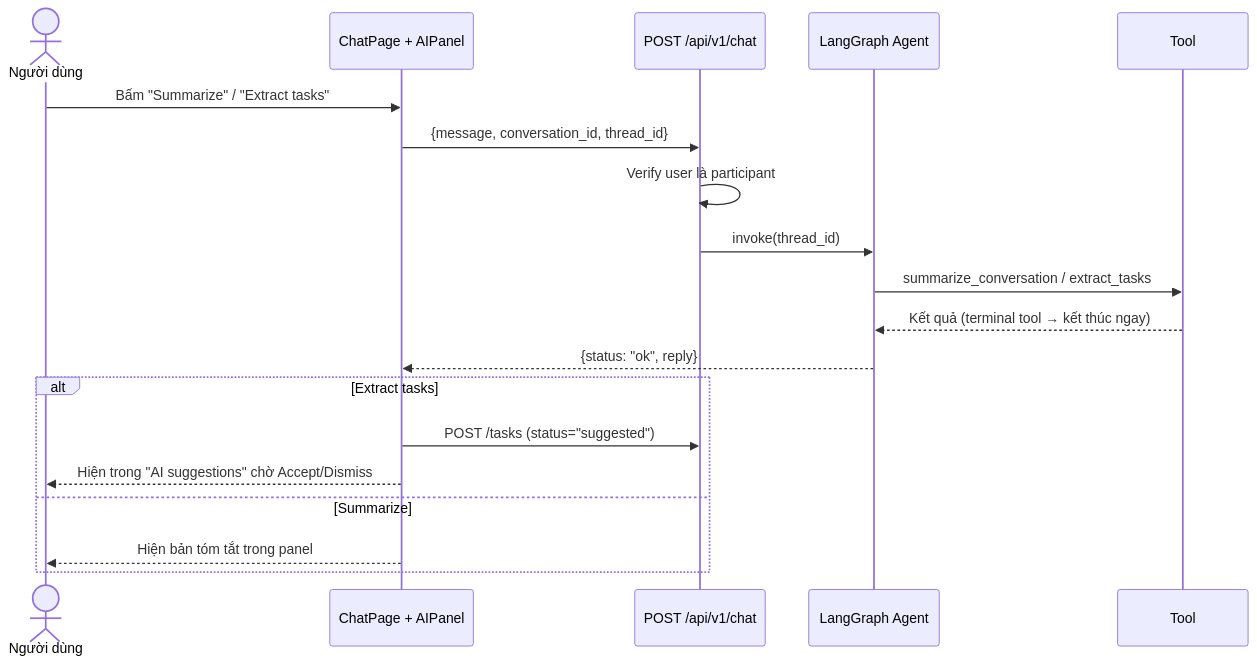
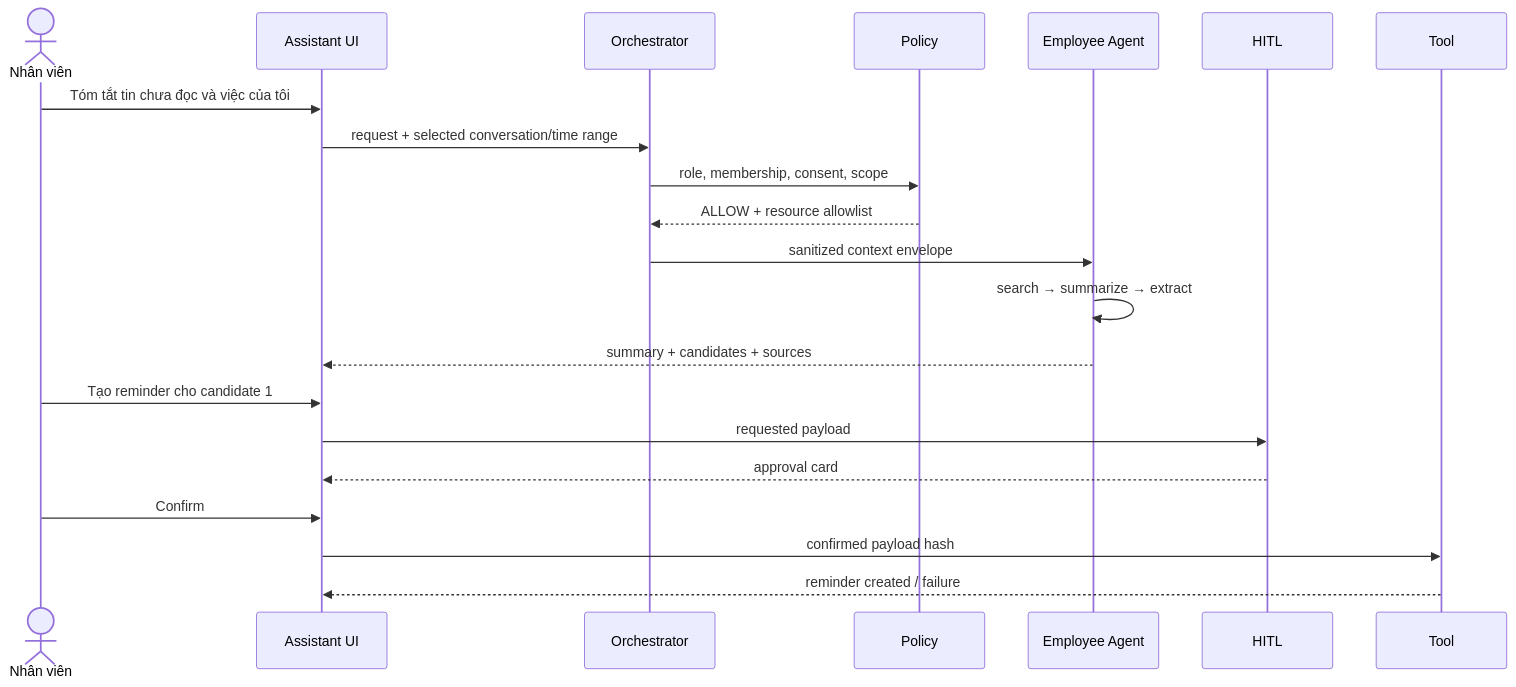
The second of 5 diagrams in docs/UI_FLOW.md (TueLT/Build-to-deploy), drawn with Mermaid before and after one commit. The commit also changed other lines of this file and 41 other files, not shown here.

````diff
--- a/docs/UI_FLOW.md
+++ b/docs/UI_FLOW.md
@@ -52,22 +177,24 @@
 ```mermaid
 sequenceDiagram
-    actor U as Người dùng
-    participant FE as ChatPage + AIPanel
-    participant API as POST /api/v1/chat
-    participant AG as LangGraph Agent
+    actor U as Nhân viên
+    participant UI as Assistant UI
+    participant O as Orchestrator
+    participant P as Policy
+    participant A as Employee Agent
+    participant H as HITL
     participant T as Tool
 
-    U->>FE: Bấm "Summarize" / "Extract tasks"
-    FE->>API: {message, conversation_id, thread_id}
-    API->>API: Verify user là participant
-    API->>AG: invoke(thread_id)
-    AG->>T: summarize_conversation / extract_tasks
-    T-->>AG: Kết quả (terminal tool → kết thúc ngay)
-    AG-->>FE: {status: "ok", reply}
-    alt Extract tasks
-        FE->>API: POST /tasks (status="suggested")
-        FE-->>U: Hiện trong "AI suggestions" chờ Accept/Dismiss
-    else Summarize
-        FE-->>U: Hiện bản tóm tắt trong panel
-    end
+    U->>UI: Tóm tắt tin chưa đọc và việc của tôi
+    UI->>O: request + selected conversation/time range
+    O->>P: role, membership, consent, scope
+    P-->>O: ALLOW + resource allowlist
+    O->>A: sanitized context envelope
+    A->>A: search → summarize → extract
+    A-->>UI: summary + candidates + sources
+    U->>UI: Tạo reminder cho candidate 1
+    UI->>H: requested payload
+    H-->>UI: approval card
+    U->>UI: Confirm
+    UI->>T: confirmed payload hash
+    T-->>UI: reminder created / failure
 ```
````
